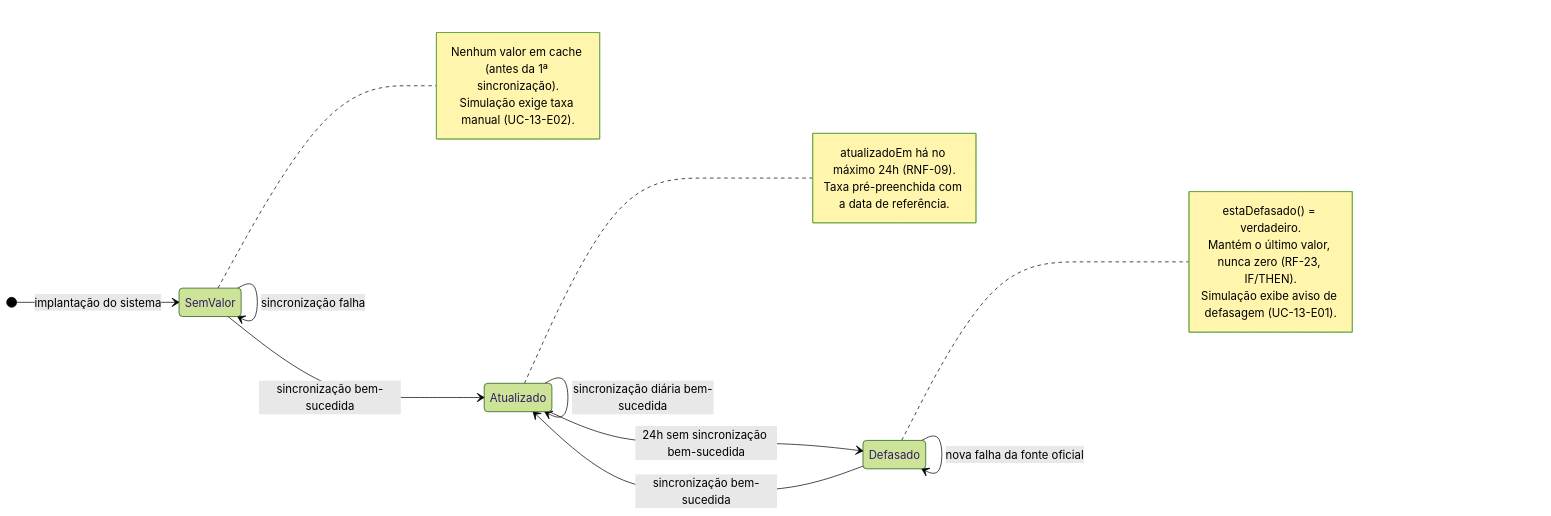
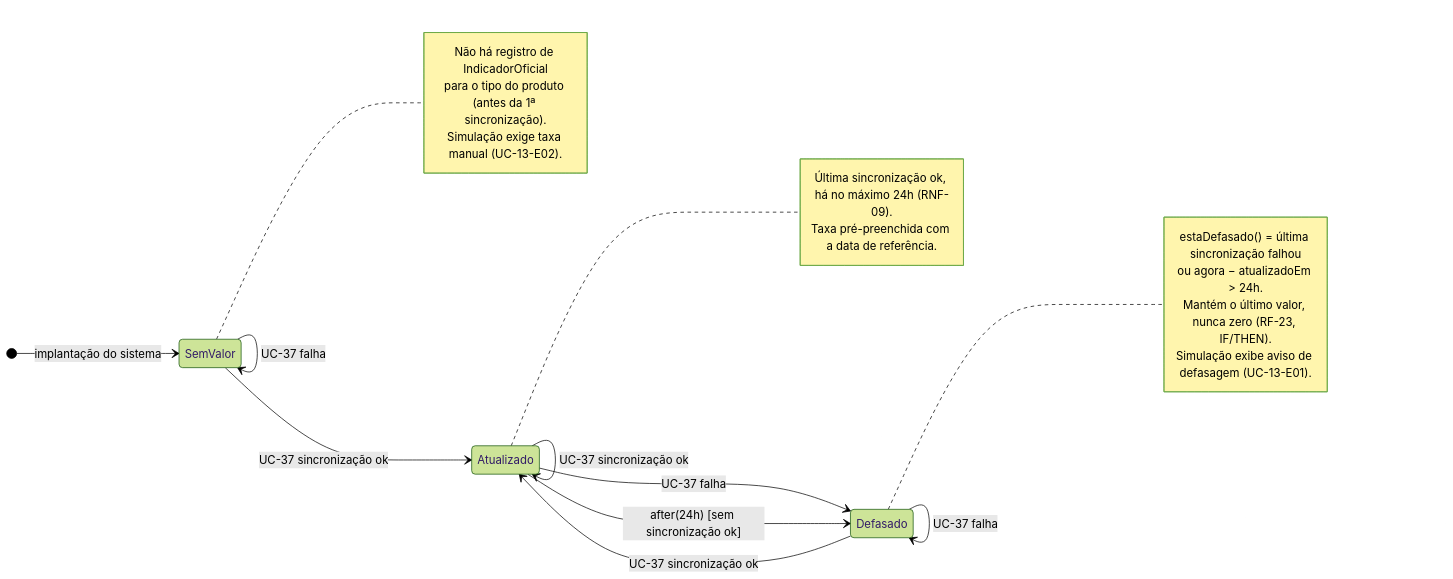
Before and after one commit to EricToshioGoya/Finance-management: the diagram in docs/uml/estados-indicador.mmd, drawn with Mermaid (forest theme). The commit also changed 12 other files, not shown here.

```diff
--- a/docs/uml/estados-indicador.mmd
+++ b/docs/uml/estados-indicador.mmd
@@ -1,30 +1,34 @@
 %% Diagrama de estados — IndicadorOficial (cache local de Selic, CDI, IPCA e Tesouro Direto)
 %% Regras: RF-23, RNF-09, ADR-003; operação de domínio: IndicadorOficial.estaDefasado()
+%% Eventos de sincronização vêm da rotina agendada UC-37 (fora da requisição de simulação)
 %% Regenerar a partir de /docs/uml/: mmdc -i estados-indicador.mmd -o estados-indicador.png -b white --scale 2
 stateDiagram-v2
     direction LR
 
     [*] --> SemValor : implantação do sistema
 
-    SemValor --> Atualizado : sincronização bem-sucedida
-    SemValor --> SemValor : sincronização falha
-    Atualizado --> Atualizado : sincronização diária bem-sucedida
-    Atualizado --> Defasado : 24h sem sincronização bem-sucedida
-    Defasado --> Atualizado : sincronização bem-sucedida
-    Defasado --> Defasado : nova falha da fonte oficial
+    SemValor --> Atualizado : UC-37 sincronização ok
+    SemValor --> SemValor : UC-37 falha
+    Atualizado --> Atualizado : UC-37 sincronização ok
+    Atualizado --> Defasado : UC-37 falha
+    Atualizado --> Defasado : after(24h) [sem sincronização ok]
+    Defasado --> Atualizado : UC-37 sincronização ok
+    Defasado --> Defasado : UC-37 falha
 
     note right of SemValor
-        Nenhum valor em cache (antes da 1ª sincronização).
+        Não há registro de IndicadorOficial
+        para o tipo do produto (antes da 1ª sincronização).
         Simulação exige taxa manual (UC-13-E02).
     end note
 
     note right of Atualizado
-        atualizadoEm há no máximo 24h (RNF-09).
+        Última sincronização ok, há no máximo 24h (RNF-09).
         Taxa pré-preenchida com a data de referência.
     end note
 
     note right of Defasado
-        estaDefasado() = verdadeiro.
+        estaDefasado() = última sincronização falhou
+        ou agora − atualizadoEm > 24h.
         Mantém o último valor, nunca zero (RF-23, IF/THEN).
         Simulação exibe aviso de defasagem (UC-13-E01).
     end note
```
